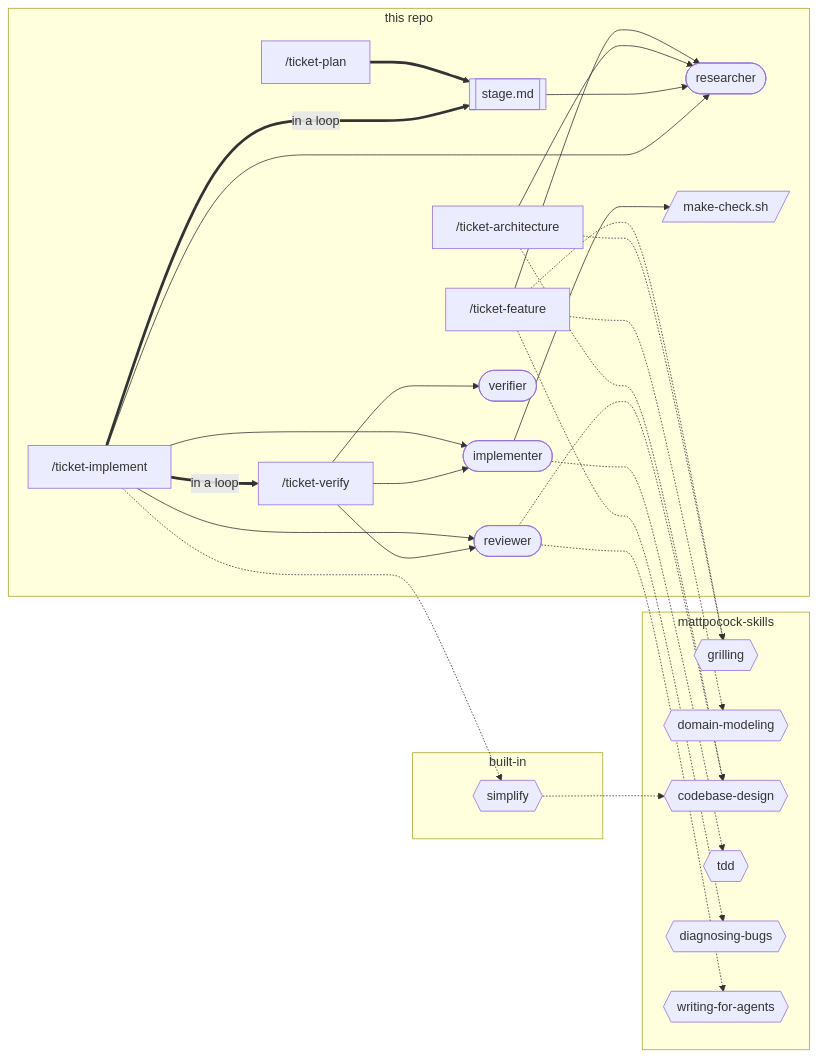
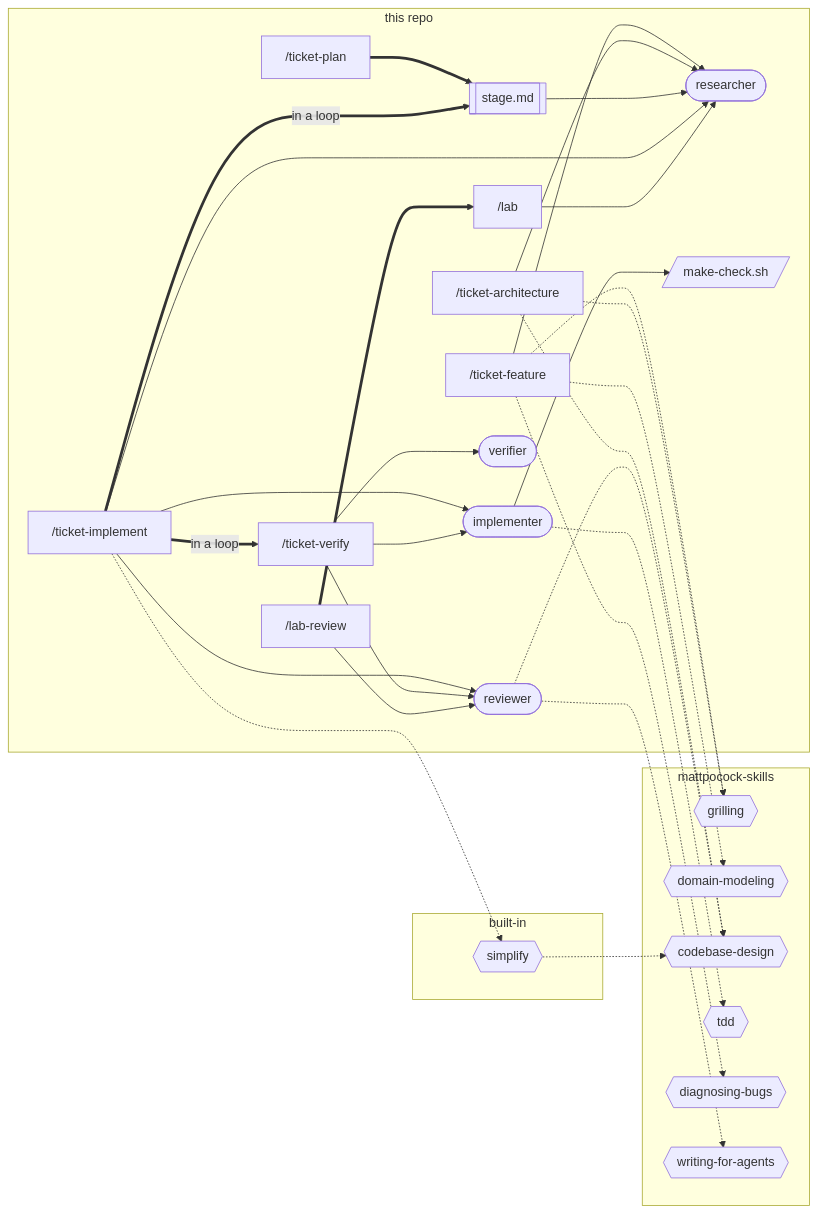
Before and after one commit to khotei/app-template: the second of 3 diagrams in docs/knowledge/sdd.md, drawn with Mermaid. The commit also changed other lines of this file and 13 other files, not shown here.

````diff
--- a/docs/knowledge/sdd.md
+++ b/docs/knowledge/sdd.md
@@ -144,42 +146,47 @@
 ```mermaid
 graph LR
   subgraph ours [this repo]
     feature["/ticket-feature"]
     arch["/ticket-architecture"]
     plan["/ticket-plan"]
     impl["/ticket-implement"]
     verify["/ticket-verify"]
+    lab["/lab"]
+    labreview["/lab-review"]
     researcher([researcher])
     implementer([implementer])
     reviewer([reviewer])
     verifier([verifier])
     hook[/make-check.sh/]
     stagemd[[stage.md]]
   end
   subgraph plugin [mattpocock-skills]
     grilling{{grilling}}
     modeling{{domain-modeling}}
     design{{codebase-design}}
     tdd{{tdd}}
     diagnosing{{diagnosing-bugs}}
     writing{{writing-for-agents}}
   end
   subgraph builtin [built-in]
     simplify{{simplify}}
   end
   feature -.-> grilling & modeling & diagnosing
   feature --> researcher
   arch -.-> design & grilling
   arch --> researcher
   plan ==> stagemd
   stagemd --> researcher
   impl --> implementer & reviewer & researcher
   impl ==>|in a loop| stagemd
   impl ==>|in a loop| verify
   impl -.-> simplify
   simplify -.-> design
   implementer -.-> tdd
   implementer --> hook
   verify --> verifier & reviewer & implementer
   reviewer -.-> design & writing
+  lab --> researcher
+  labreview --> reviewer
+  labreview ==> lab
 ```
````
